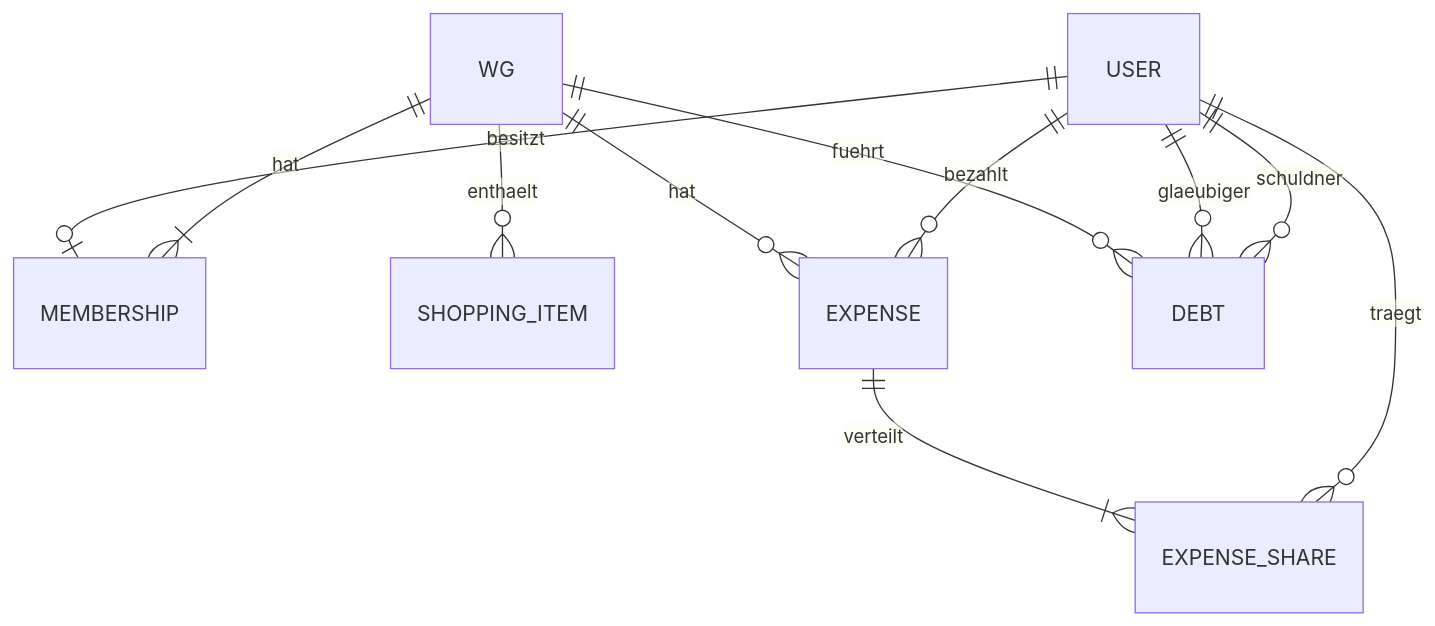
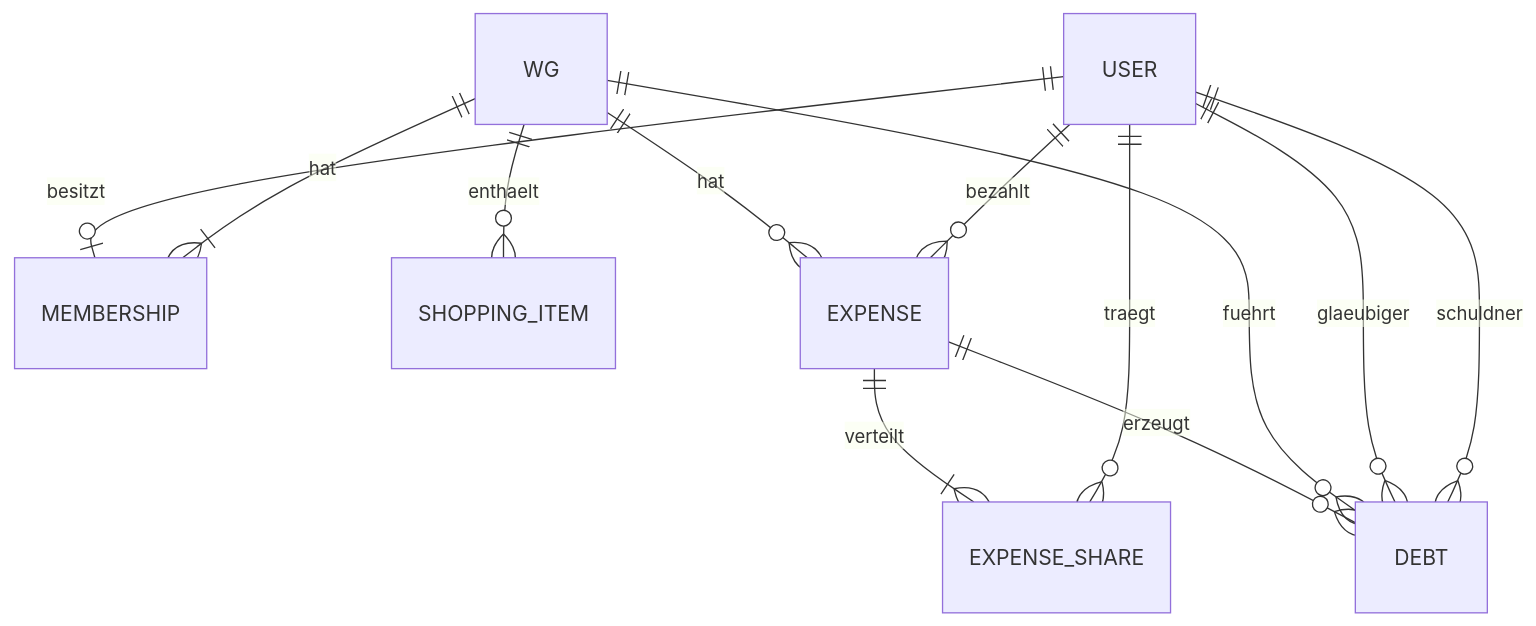
One commit to Viny005/wg-shopsync changed the second of 2 diagrams in docs/spec/D2-datentypen.md. Above: the diagram before and after it, drawn with Mermaid. The commit also changed other lines of this file and 1 other file, not shown here.

First line of the commit message:
docs(model): align expense and debt model with UC-13

````diff
--- a/docs/spec/D2-datentypen.md
+++ b/docs/spec/D2-datentypen.md
@@ -237,13 +239,14 @@
 ```mermaid
 erDiagram
     USER ||--o| MEMBERSHIP : besitzt
     WG ||--|{ MEMBERSHIP : hat
     WG ||--o{ SHOPPING_ITEM : enthaelt
     WG ||--o{ EXPENSE : hat
     EXPENSE ||--|{ EXPENSE_SHARE : verteilt
+    EXPENSE ||--o{ DEBT : erzeugt
     WG ||--o{ DEBT : fuehrt
     USER ||--o{ EXPENSE : bezahlt
     USER ||--o{ EXPENSE_SHARE : traegt
     USER ||--o{ DEBT : glaeubiger
     USER ||--o{ DEBT : schuldner
 ```
````
